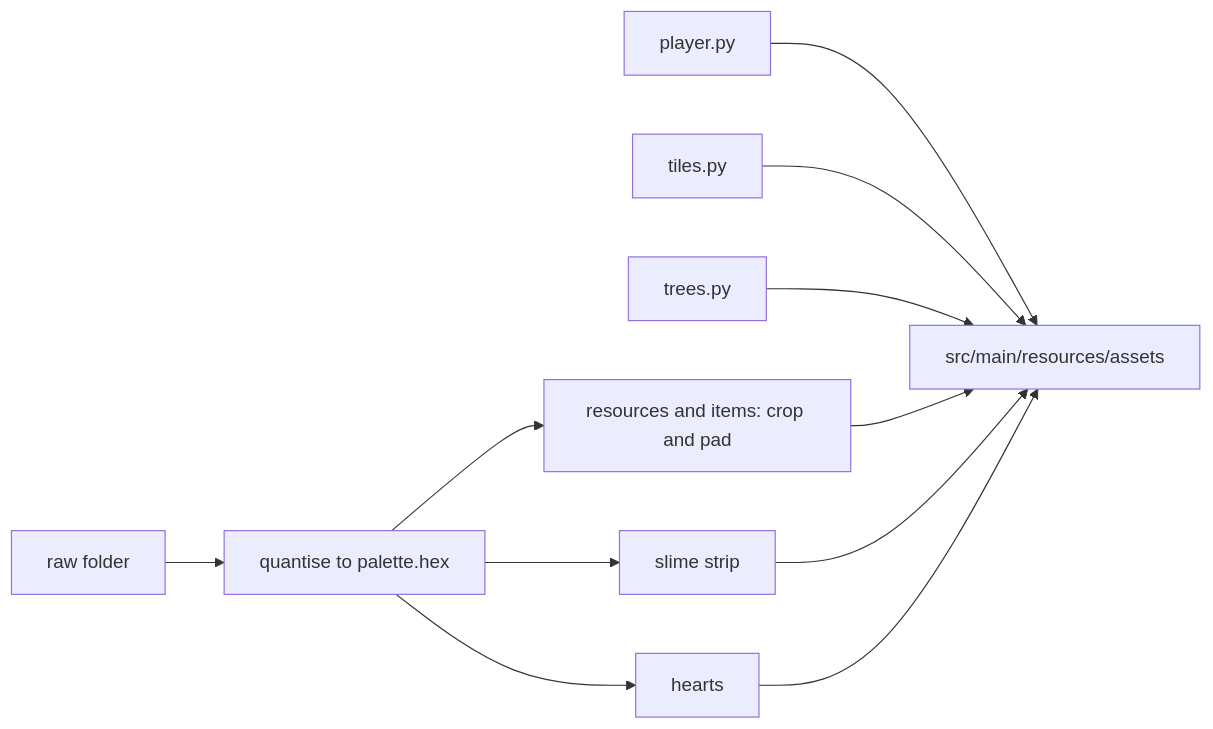
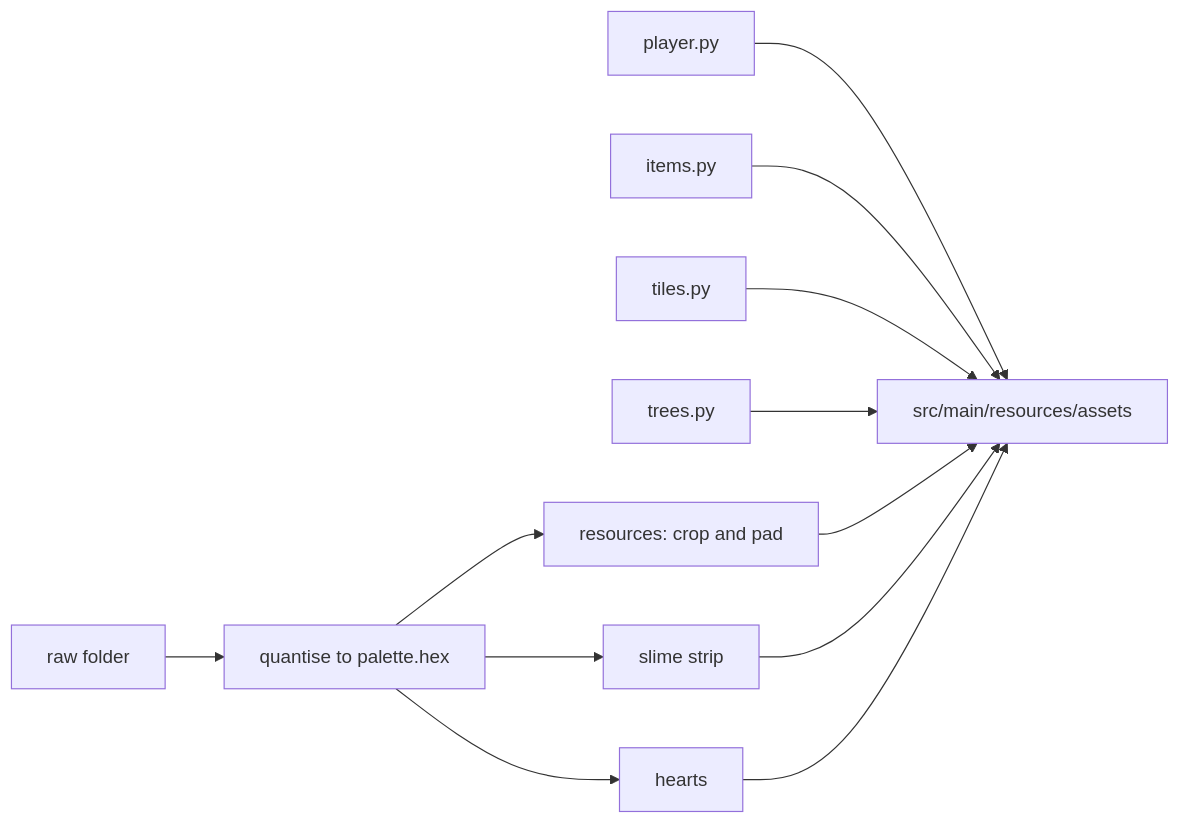
Before and after one commit to kfeuerschvenger/perlinsedge: the first of 2 diagrams in tools/pixelart/README.md, drawn with Mermaid. The commit also changed other lines of this file and 29 other files, not shown here.

````diff
--- a/tools/pixelart/README.md
+++ b/tools/pixelart/README.md
@@ -13,13 +13,14 @@
 ```mermaid
 flowchart LR
   R[raw folder] --> Q[quantise to palette.hex]
-  Q --> S[resources and items: crop and pad]
+  Q --> S[resources: crop and pad]
   Q --> E[slime strip]
   P[player.py] --> O
+  I[items.py] --> O
   Q --> G[hearts]
   L[tiles.py] --> O[src/main/resources/assets]
   T[trees.py] --> O
   S --> O
   E --> O
   G --> O
 ```
````
